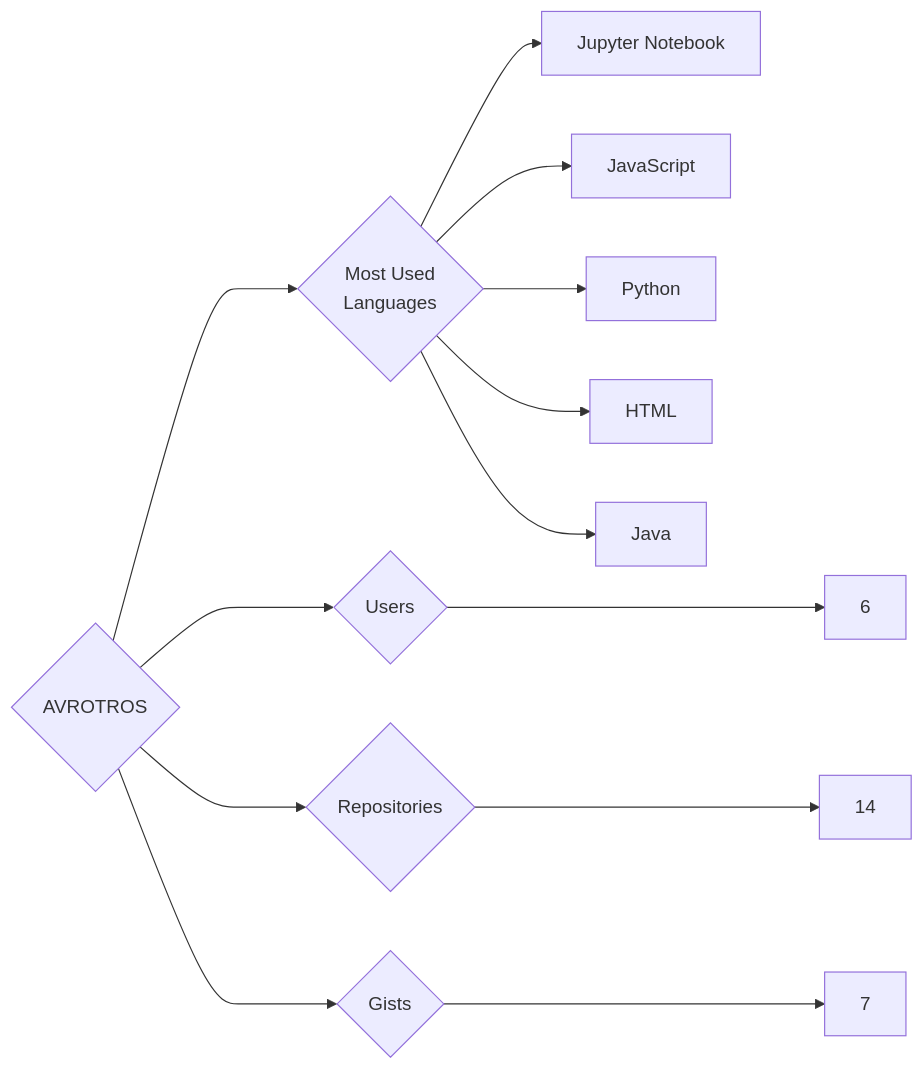
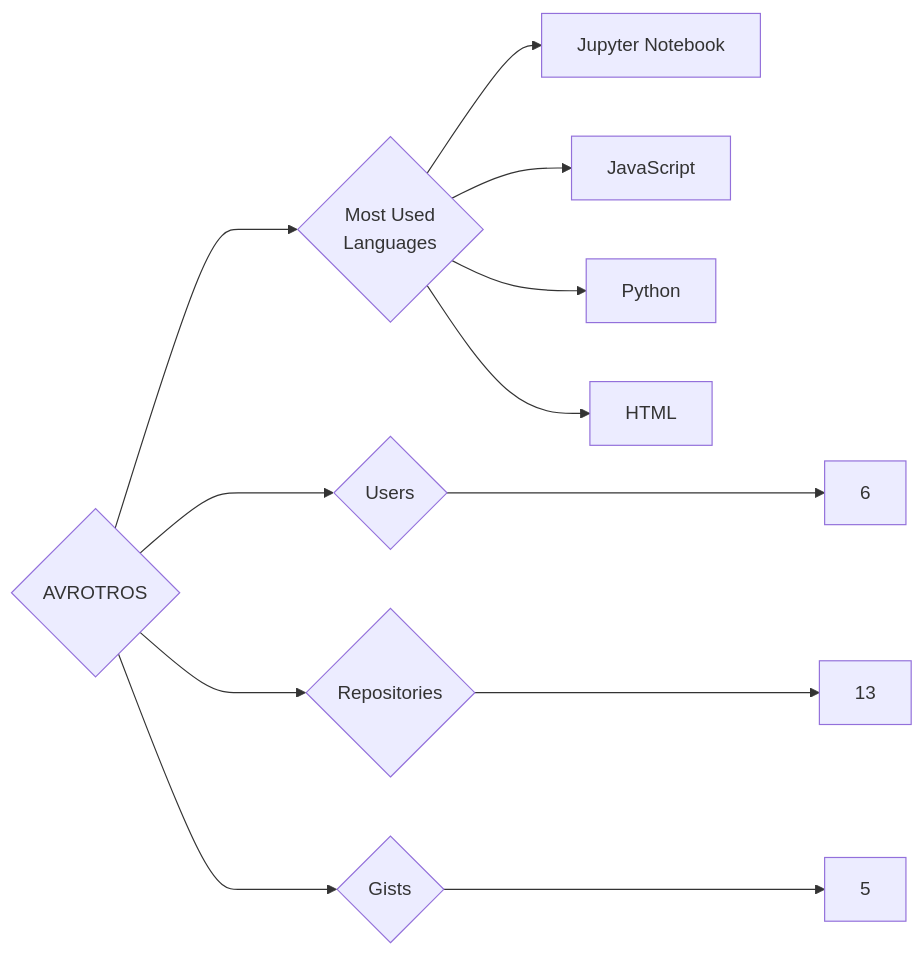
One commit to trickest/insiders changed the diagram in targets/AVROTROS/README.md. Above: the diagram before and after it, drawn with Mermaid. The commit also changed 924 other files, not shown here.

````diff
--- a/targets/AVROTROS/README.md
+++ b/targets/AVROTROS/README.md
@@ -3,13 +3,12 @@
 ```mermaid
 graph LR
 COMPANY_NAME{AVROTROS}
 COMPANY_NAME ---> U{Users} ---> UN[6]
-COMPANY_NAME ---> R{Repositories} ---> RN[14]
-COMPANY_NAME ---> G{Gists} ---> GN[7]
+COMPANY_NAME ---> R{Repositories} ---> RN[13]
+COMPANY_NAME ---> G{Gists} ---> GN[5]
 COMPANY_NAME ---> ML{Most Used<br>Languages}
 ML --> Jupyter_Notebook[Jupyter Notebook]
 ML --> JavaScript[JavaScript]
 ML --> Python[Python]
 ML --> HTML[HTML]
-ML --> Java[Java]
 ```
````
